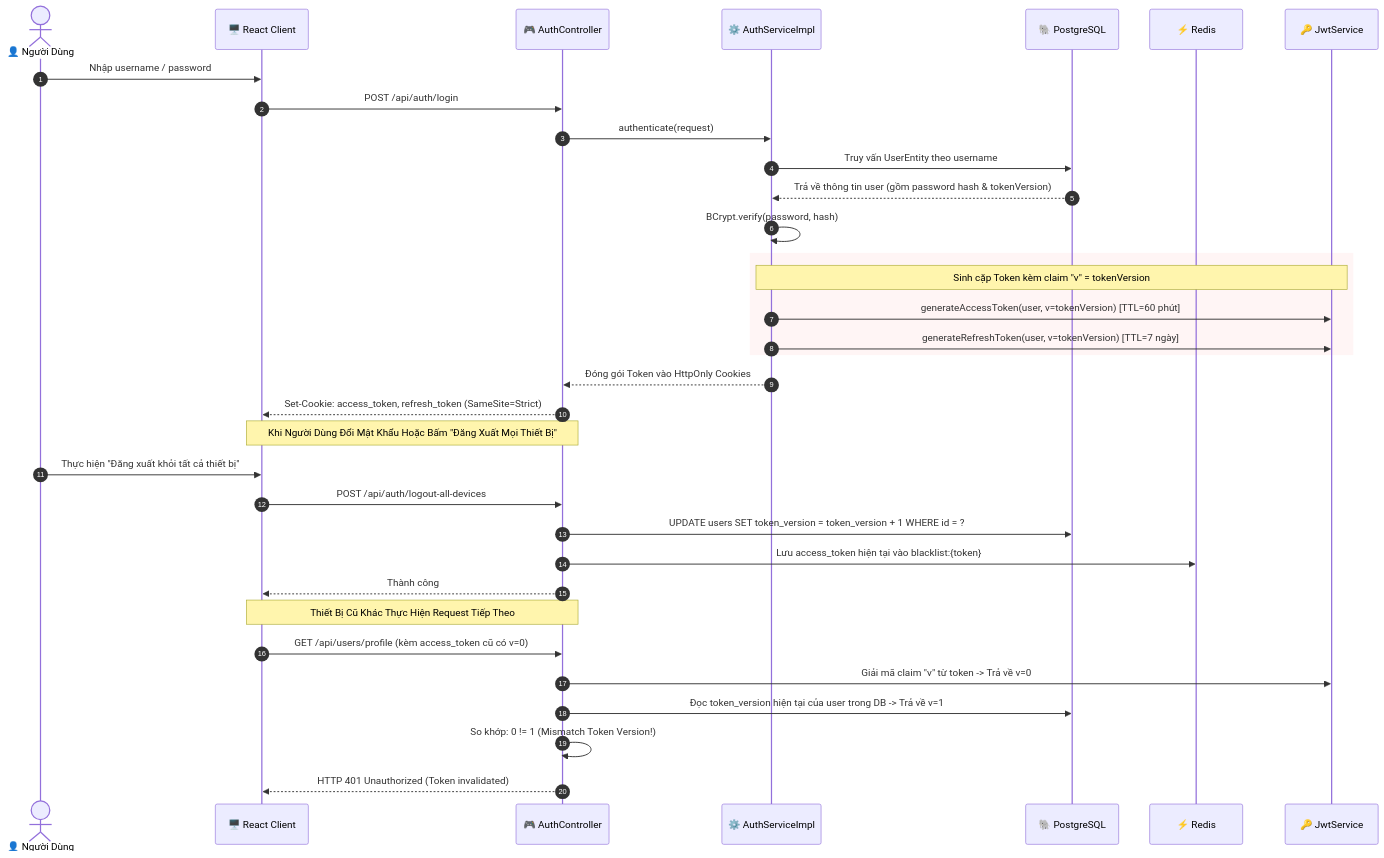
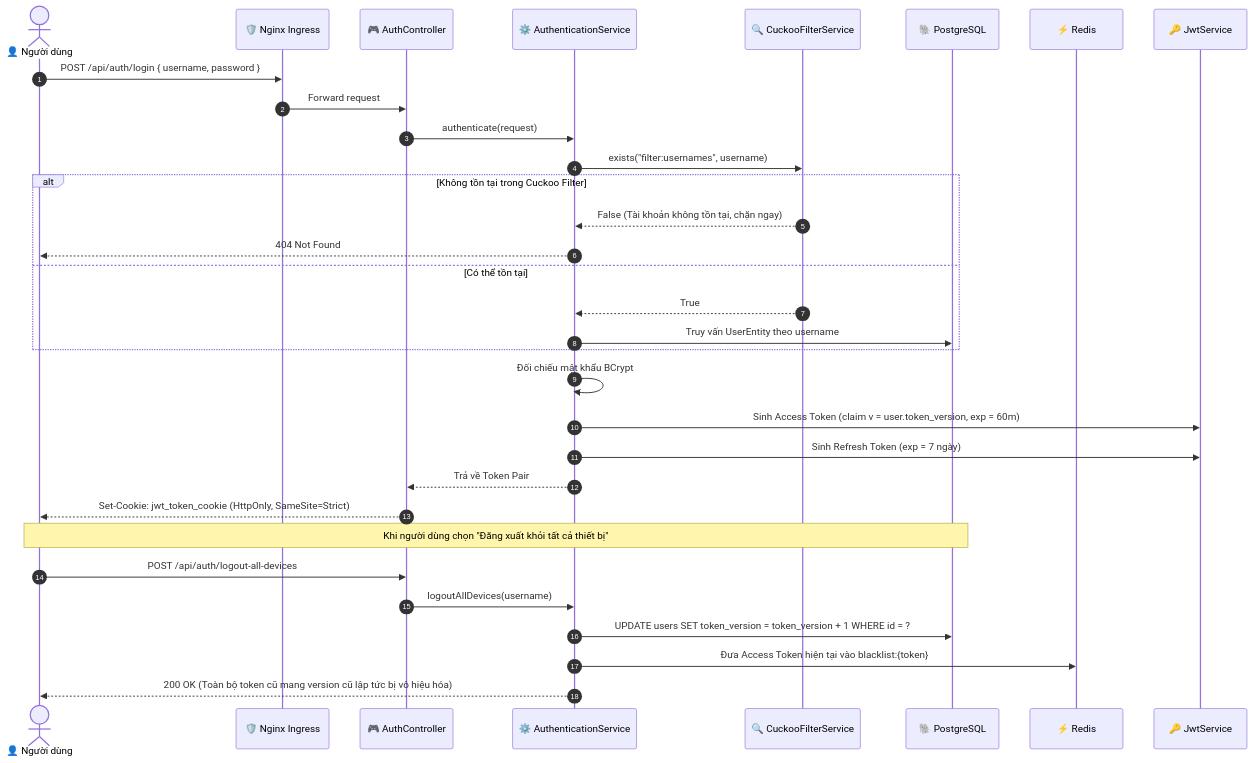
Before and after one commit to phwkha/ChatWeb-RealTime: the second of 4 diagrams in docs/architecture/03-sequence-diagrams.md, drawn with Mermaid. The commit also changed other lines of this file and 8 other files, not shown here.

First line of the commit message:
Refactor sequence diagrams and database design documentation for clarity and accuracy

````diff
--- a/docs/architecture/03-sequence-diagrams.md
+++ b/docs/architecture/03-sequence-diagrams.md
@@ -82,41 +84,39 @@
 ```mermaid
 sequenceDiagram
     autonumber
-    actor User as 👤 Người Dùng
-    participant Client as 🖥️ React Client
+    actor User as 👤 Người dùng
+    participant Nginx as 🛡️ Nginx Ingress
     participant AuthCtrl as 🎮 AuthController
-    participant AuthService as ⚙️ AuthServiceImpl
-    participant Postgres as 🐘 PostgreSQL
+    participant AuthSvc as ⚙️ AuthenticationService
+    participant Cuckoo as 🔍 CuckooFilterService
+    participant DB as 🐘 PostgreSQL
     participant Redis as ⚡ Redis
     participant JWT as 🔑 JwtService
 
-    User->>Client: Nhập username / password
-    Client->>AuthCtrl: POST /api/auth/login
-    AuthCtrl->>AuthService: authenticate(request)
-    AuthService->>Postgres: Truy vấn UserEntity theo username
-    Postgres-->>AuthService: Trả về thông tin user (gồm password hash & tokenVersion)
-    AuthService->>AuthService: BCrypt.verify(password, hash)
+    User->>Nginx: POST /api/auth/login { username, password }
+    Nginx->>AuthCtrl: Forward request
+    AuthCtrl->>AuthSvc: authenticate(request)
     
-    rect rgb(255, 245, 245)
-        note over AuthService, JWT: Sinh cặp Token kèm claim "v" = tokenVersion
-        AuthService->>JWT: generateAccessToken(user, v=tokenVersion) [TTL=60 phút]
-        AuthService->>JWT: generateRefreshToken(user, v=tokenVersion) [TTL=7 ngày]
+    AuthSvc->>Cuckoo: exists("filter:usernames", username)
+    alt Không tồn tại trong Cuckoo Filter
+        Cuckoo-->>AuthSvc: False (Tài khoản không tồn tại, chặn ngay)
+        AuthSvc-->>User: 404 Not Found
+    else Có thể tồn tại
+        Cuckoo-->>AuthSvc: True
+        AuthSvc->>DB: Truy vấn UserEntity theo username
     end
 
-    AuthService-->>AuthCtrl: Đóng gói Token vào HttpOnly Cookies
-    AuthCtrl-->>Client: Set-Cookie: access_token, refresh_token (SameSite=Strict)
+    AuthSvc->>AuthSvc: Đối chiếu mật khẩu BCrypt
+    AuthSvc->>JWT: Sinh Access Token (claim v = user.token_version, exp = 60m)
+    AuthSvc->>JWT: Sinh Refresh Token (exp = 7 ngày)
+    
+    AuthSvc-->>AuthCtrl: Trả về Token Pair
+    AuthCtrl-->>User: Set-Cookie: jwt_token_cookie (HttpOnly, SameSite=Strict)
 
-    note over Client, AuthCtrl: Khi Người Dùng Đổi Mật Khẩu Hoặc Bấm "Đăng Xuất Mọi Thiết Bị"
-    User->>Client: Thực hiện "Đăng xuất khỏi tất cả thiết bị"
-    Client->>AuthCtrl: POST /api/auth/logout-all-devices
-    AuthCtrl->>Postgres: UPDATE users SET token_version = token_version + 1 WHERE id = ?
-    AuthCtrl->>Redis: Lưu access_token hiện tại vào blacklist:{token}
-    AuthCtrl-->>Client: Thành công
-
-    note over Client, AuthCtrl: Thiết Bị Cũ Khác Thực Hiện Request Tiếp Theo
-    Client->>AuthCtrl: GET /api/users/profile (kèm access_token cũ có v=0)
-    AuthCtrl->>JWT: Giải mã claim "v" từ token -> Trả về v=0
-    AuthCtrl->>Postgres: Đọc token_version hiện tại của user trong DB -> Trả về v=1
-    AuthCtrl->>AuthCtrl: So khớp: 0 != 1 (Mismatch Token Version!)
-    AuthCtrl-->>Client: HTTP 401 Unauthorized (Token invalidated)
+    note over User, DB: Khi người dùng chọn "Đăng xuất khỏi tất cả thiết bị"
+    User->>AuthCtrl: POST /api/auth/logout-all-devices
+    AuthCtrl->>AuthSvc: logoutAllDevices(username)
+    AuthSvc->>DB: UPDATE users SET token_version = token_version + 1 WHERE id = ?
+    AuthSvc->>Redis: Đưa Access Token hiện tại vào blacklist:{token}
+    AuthSvc-->>User: 200 OK (Toàn bộ token cũ mang version cũ lập tức bị vô hiệu hóa)
 ```
````
